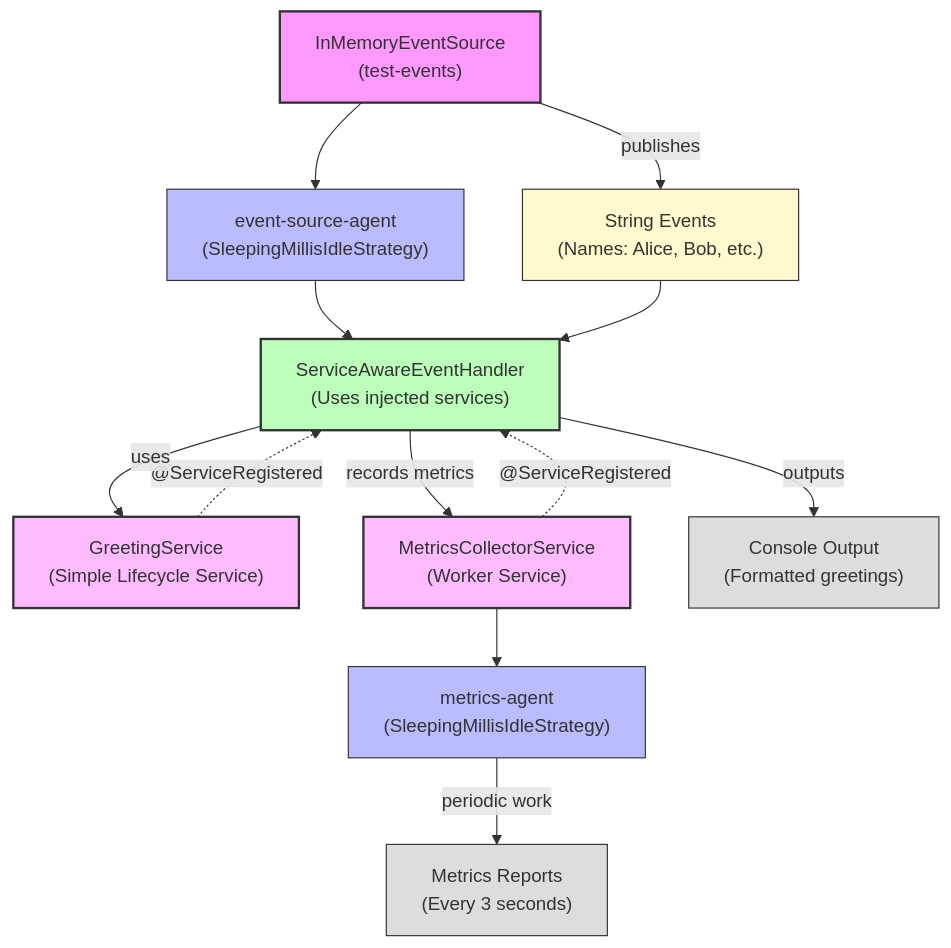
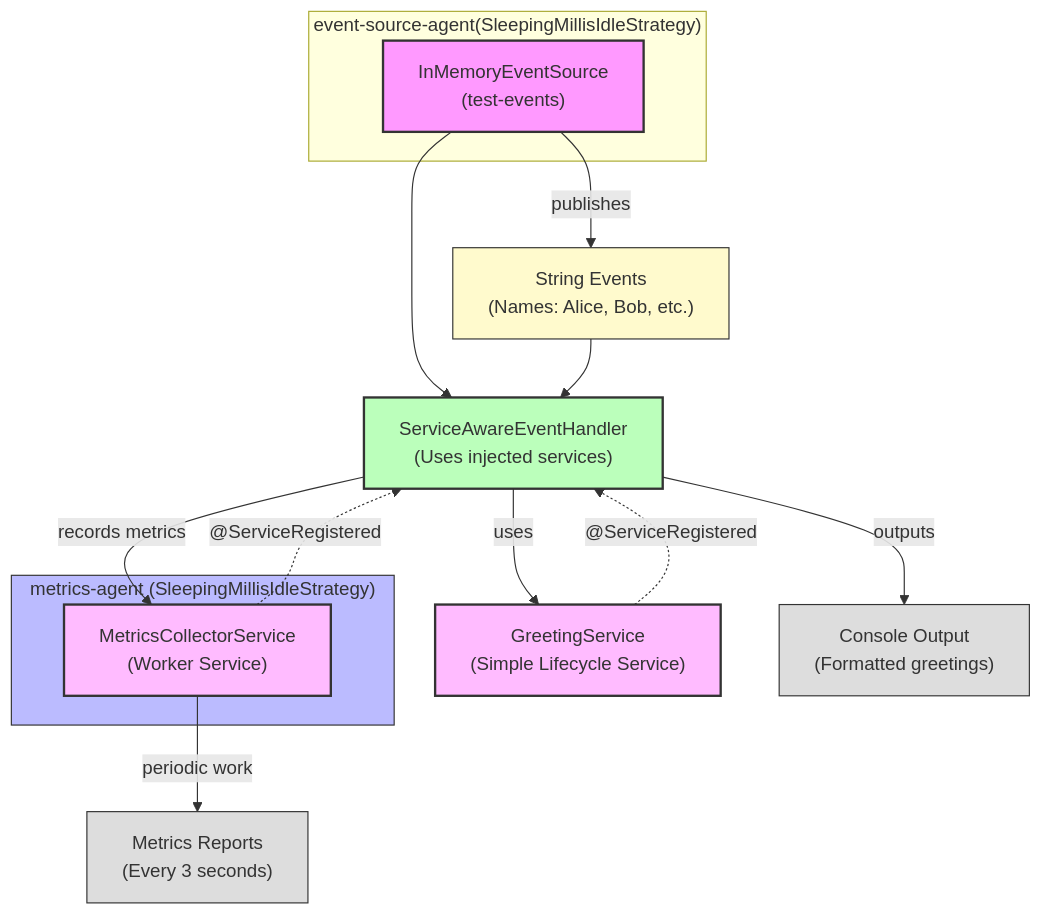
Before and after one commit to telaminai/mongoose-examples: the diagram in plugins/service-plugin-example/README.md, drawn with Mermaid.

Commit message:
Add service plugin example demonstrating custom services
Introduced a new example showcasing how to create and use custom service plugins in Mongoose. This includes a lifecycle-based service, a worker service, and service injection in an event handler. Added documentation, sample code, and integration with the Mongoose server.

````diff
--- a/plugins/service-plugin-example/README.md
+++ b/plugins/service-plugin-example/README.md
@@ -22,53 +22,55 @@
 ```mermaid
 flowchart TD
-    %% Event Source
-    eventSource["InMemoryEventSource<br>(test-events)"]
+    subgraph "event-source-agent(SleepingMillisIdleStrategy)"
+
+        %% Event Source 
+        eventSource["InMemoryEventSource<br>(test-events)"]
+    end
     
-    %% Agent
-    sourceAgent["event-source-agent<br>(SleepingMillisIdleStrategy)"]
     
     %% Handler
     handler["ServiceAwareEventHandler<br>(Uses injected services)"]
     
     %% Services
     greetingService["GreetingService<br>(Simple Lifecycle Service)"]
     metricsService["MetricsCollectorService<br>(Worker Service)"]
-    metricsAgent["metrics-agent<br>(SleepingMillisIdleStrategy)"]
+    
     
     %% Events
     stringEvent["String Events<br>(Names: Alice, Bob, etc.)"]
     
     %% Connections
-    eventSource --> sourceAgent
-    sourceAgent --> handler
+    eventSource --> handler
     
     %% Service injection
     greetingService -.-> |"@ServiceRegistered"| handler
     metricsService -.-> |"@ServiceRegistered"| handler
-    metricsService --> metricsAgent
+    subgraph metricsAgent["metrics-agent (SleepingMillisIdleStrategy)"]
+        metricsService
+    end
     
     %% Event flow
     eventSource -- "publishes" --> stringEvent
     stringEvent --> handler
     handler -- "uses" --> greetingService
     handler -- "records metrics" --> metricsService
     handler -- "outputs" --> console["Console Output<br>(Formatted greetings)"]
     
     %% Background work
-    metricsAgent -- "periodic work" --> metricsReports["Metrics Reports<br>(Every 3 seconds)"]
+    metricsService -- "periodic work" --> metricsReports["Metrics Reports<br>(Every 3 seconds)"]
     
     %% Styling
     classDef source fill:#f9f,stroke:#333,stroke-width:2px
     classDef agent fill:#bbf,stroke:#333,stroke-width:1px
     classDef handler fill:#bfb,stroke:#333,stroke-width:2px
     classDef service fill:#fbf,stroke:#333,stroke-width:2px
     classDef event fill:#fffacd,stroke:#333,stroke-width:1px
     classDef output fill:#ddd,stroke:#333,stroke-width:1px
     
     class eventSource source
     class sourceAgent,metricsAgent agent
     class handler handler
     class greetingService,metricsService service
     class stringEvent event
     class console,metricsReports output
 ```
````
